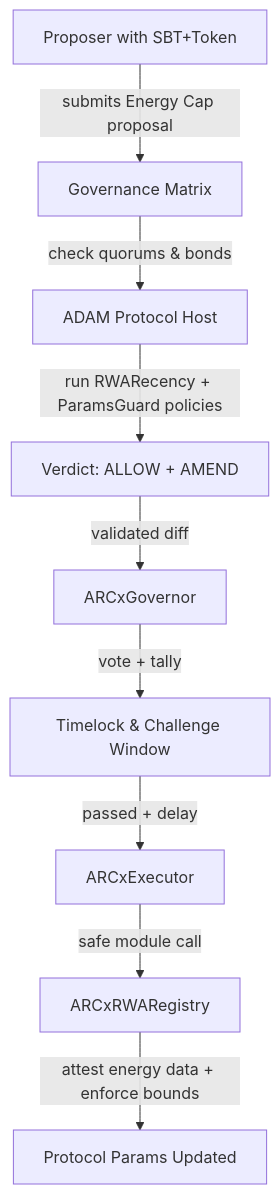
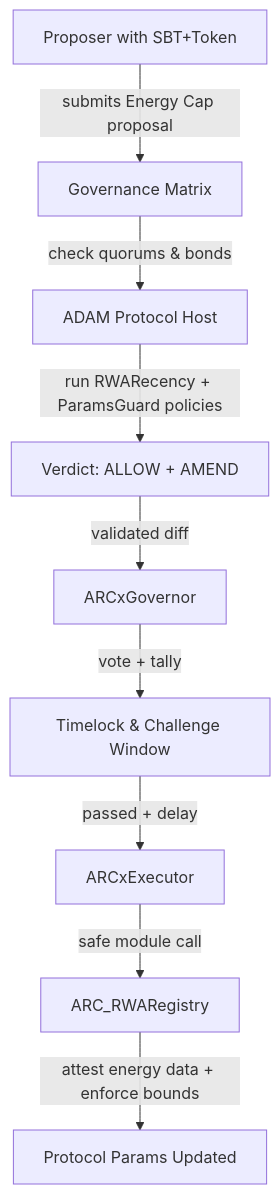
The diagram in docs/governance/energy_cap.md (Artifact-Virtual/arc_ecosystem), drawn with Mermaid before and after one commit. The commit also changed 8 other files, not shown here.

`````diff
--- a/docs/governance/energy_cap.md
+++ b/docs/governance/energy_cap.md
@@ -4,11 +4,11 @@
 ```mermaid
 flowchart TD
     A[Proposer with SBT+Token] -->|submits Energy Cap proposal| B[Governance Matrix]
     B -->|check quorums & bonds| C[ADAM Protocol Host]
     C -->|run RWARecency + ParamsGuard policies| D[Verdict: ALLOW + AMEND]
     D -->|validated diff| E[ARCxGovernor]
     E -->|vote + tally| F[Timelock & Challenge Window]
     F -->|passed + delay| G[ARCxExecutor]
-    G -->|safe module call| H[ARCxRWARegistry]
+    G -->|safe module call| H[ARC_RWARegistry]
     H -->|attest energy data + enforce bounds| I[Protocol Params Updated]
 ````
`````
